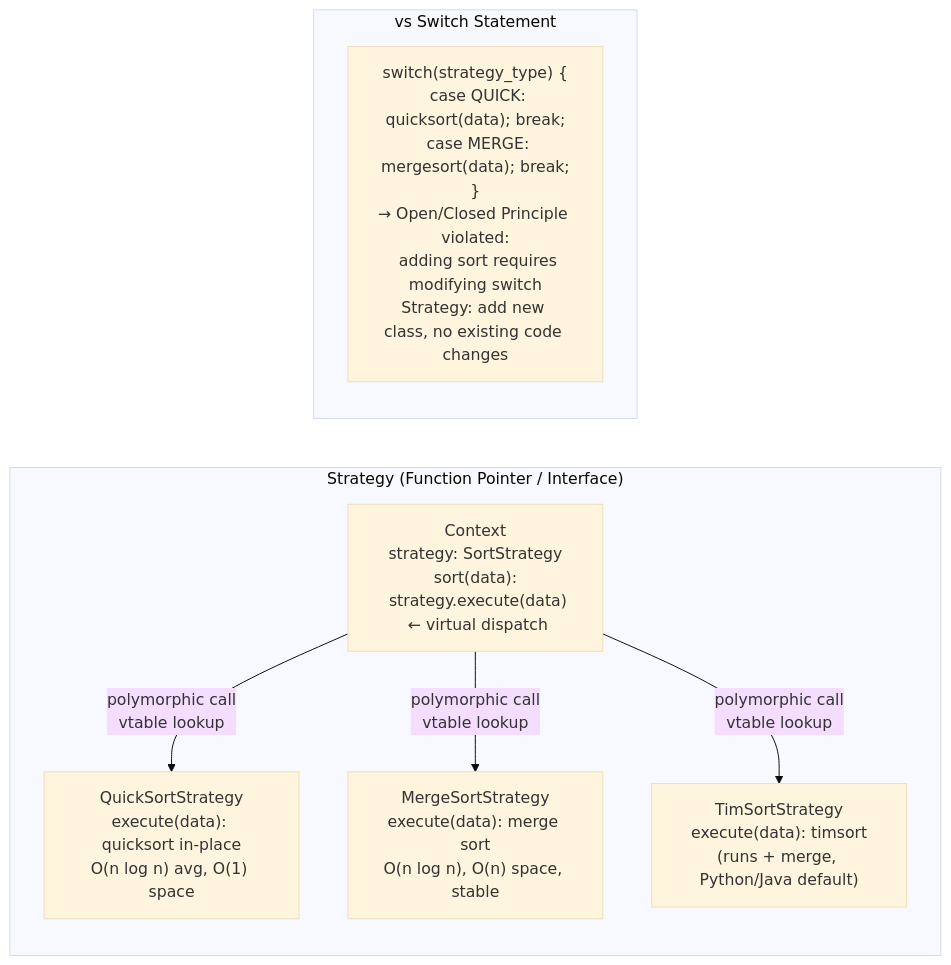
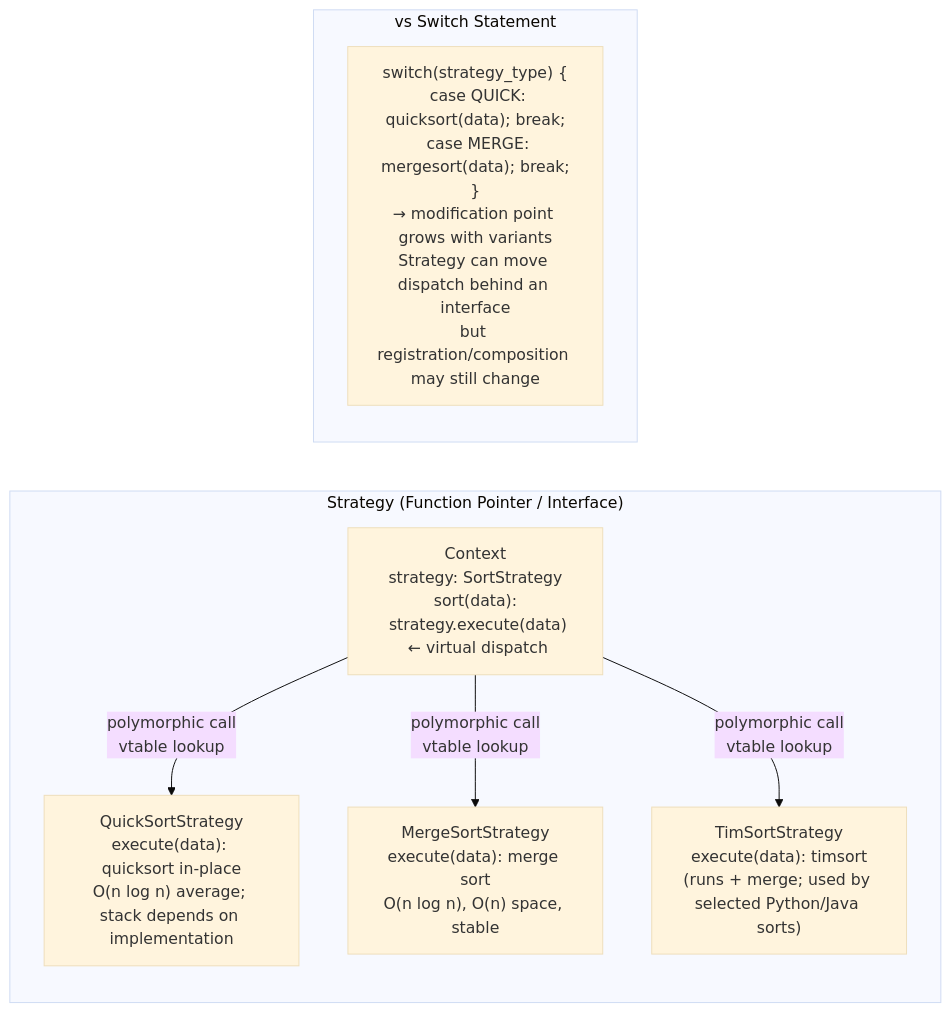
One commit to choisimo/document changed the second of 21 diagrams in content/docs/books/cs-reference/ko/software-engineering-internals.md. Above: the diagram before and after it, drawn with Mermaid (base theme). The commit also changed other lines of this file and 504 other files, not shown here.

````diff
--- a/content/docs/books/cs-reference/ko/software-engineering-internals.md
+++ b/content/docs/books/cs-reference/ko/software-engineering-internals.md
@@ -33,14 +41,14 @@
 ```mermaid
 flowchart LR
     subgraph "Strategy (Function Pointer / Interface)"
         Context["Context\nstrategy: SortStrategy\nsort(data):\n  strategy.execute(data)  ← virtual dispatch"]
-        S1["QuickSortStrategy\nexecute(data): quicksort in-place\nO(n log n) avg, O(1) space"]
+        S1["QuickSortStrategy\nexecute(data): quicksort in-place\nO(n log n) average; stack depends on implementation"]
         S2["MergeSortStrategy\nexecute(data): merge sort\nO(n log n), O(n) space, stable"]
-        S3["TimSortStrategy\nexecute(data): timsort\n(runs + merge, Python/Java default)"]
+        S3["TimSortStrategy\nexecute(data): timsort\n(runs + merge; used by selected Python/Java sorts)"]
         Context -->|"polymorphic call\nvtable lookup"| S1 & S2 & S3
     end
 
     subgraph "vs Switch Statement"
-        Switch["switch(strategy_type) {\n  case QUICK: quicksort(data); break;\n  case MERGE: mergesort(data); break;\n}\n→ Open/Closed Principle violated:\n  adding sort requires modifying switch\nStrategy: add new class, no existing code changes"]
+        Switch["switch(strategy_type) {\n  case QUICK: quicksort(data); break;\n  case MERGE: mergesort(data); break;\n}\n→ modification point grows with variants\nStrategy can move dispatch behind an interface\nbut registration/composition may still change"]
     end
 ```
````
